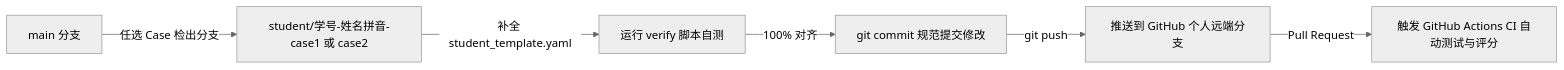
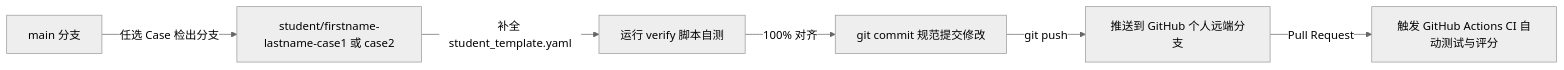
Before and after one commit to whu-course-EnvironPlanManag/pyTECHTEST: the diagram in README.md, drawn with Mermaid (neutral theme). The commit also changed other lines of this file and 2 other files, not shown here.

Commit message:
docs: remove student ID and standardize branch naming to student/firstname-lastname-case1/case2

````diff
--- a/README.md
+++ b/README.md
@@ -296,8 +296,8 @@
 ```mermaid
 graph LR
-    A[main 分支] -->|任选 Case 检出分支| B[student/学号-姓名拼音-case1 或 case2]
+    A[main 分支] -->|任选 Case 检出分支| B[student/firstname-lastname-case1 或 case2]
     B -->|补全 student_template.yaml| C[运行 verify 脚本自测]
     C -->|100% 对齐| D[git commit 规范提交修改]
     D -->|git push| E[推送到 GitHub 个人远端分支]
     E -->|Pull Request| F[触发 GitHub Actions CI 自动测试与评分]
 ```
````
